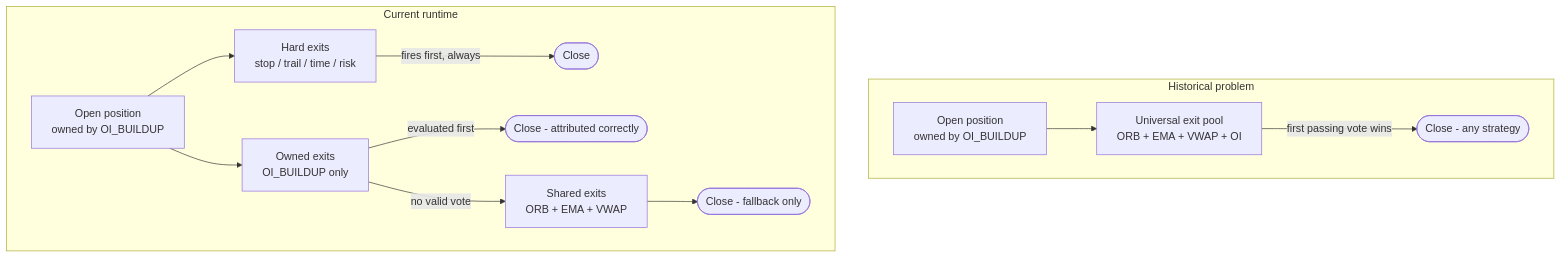
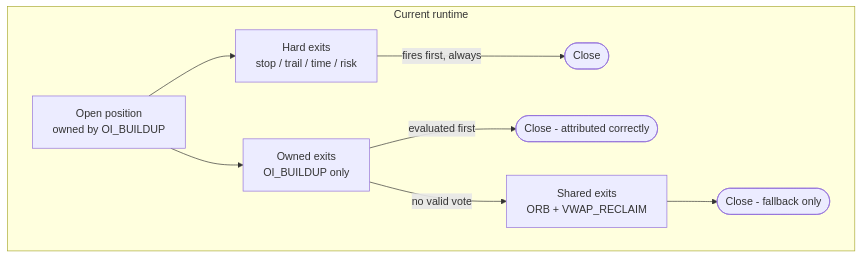
One commit to amitsajwan/option_trading changed the fourth of 8 diagrams in strategy_app/docs/STRATEGY_ML_FLOW.md. Above: the diagram before and after it, drawn with Mermaid. The commit also changed other lines of this file and 41 other files, not shown here.

````diff
--- a/strategy_app/docs/STRATEGY_ML_FLOW.md
+++ b/strategy_app/docs/STRATEGY_ML_FLOW.md
@@ -109,22 +111,15 @@
 ```mermaid
 flowchart TD
-    subgraph Current["Historical problem"]
-        P1[Open position\nowned by OI_BUILDUP]
-        EX1[Universal exit pool\nORB + EMA + VWAP + OI]
-        P1 --> EX1
-        EX1 -->|first passing vote wins| C1([Close - any strategy])
-    end
-
-    subgraph Fixed["Current runtime"]
+    subgraph Current["Current runtime"]
         P2[Open position\nowned by OI_BUILDUP]
         OWN[Owned exits\nOI_BUILDUP only]
-        SHARED[Shared exits\nORB + EMA + VWAP]
+        SHARED[Shared exits\nORB + VWAP_RECLAIM]
         HARD[Hard exits\nstop / trail / time / risk]
         P2 --> HARD
         HARD -->|fires first, always| C2([Close])
         P2 --> OWN
         OWN -->|evaluated first| C3([Close - attributed correctly])
         OWN -->|no valid vote| SHARED
         SHARED --> C4([Close - fallback only])
     end
 ```
````
